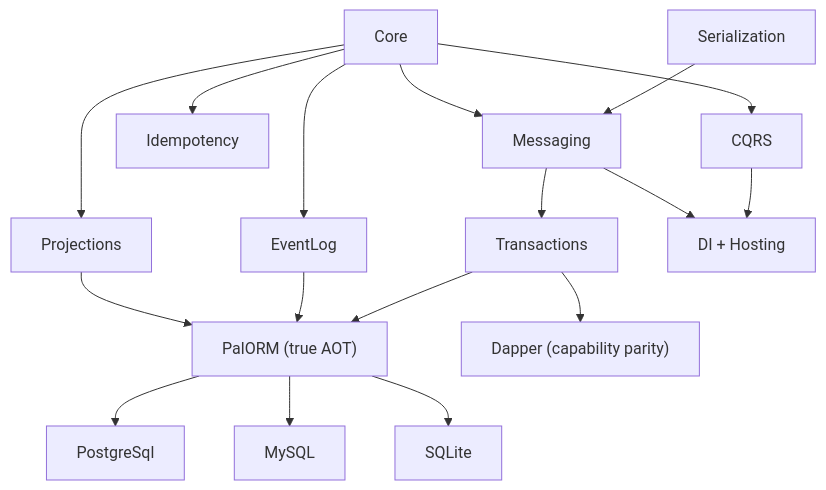
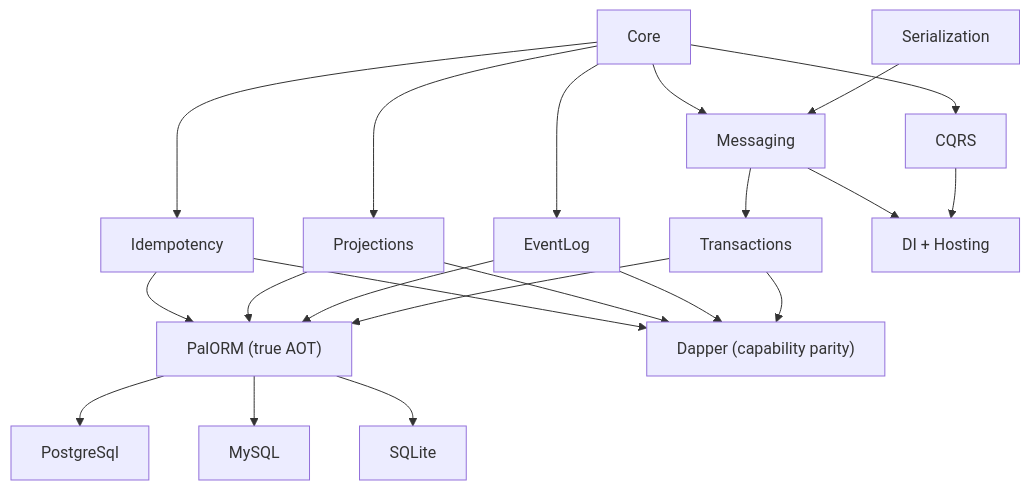
One commit to yuebo119/PalDDD changed the diagram in README.en.md. Above: the diagram before and after it, drawn with Mermaid. The commit also changed other lines of this file and 1 other file, not shown here.

````diff
--- a/README.en.md
+++ b/README.en.md
@@ -470,19 +490,23 @@
 ```mermaid
 flowchart TB
     Core --> CQRS
     Core --> EventLog
     Core --> Idempotency
     Core --> Projections
     Serialization --> Messaging
     Core --> Messaging
     Messaging --> Transactions
     CQRS --> DI[DI + Hosting]
     Messaging --> DI
     Transactions --> PalORM["PalORM (true AOT)"]
     EventLog --> PalORM
     Projections --> PalORM
+    Idempotency --> PalORM
     Transactions --> Dapper["Dapper (capability parity)"]
+    EventLog --> Dapper
+    Projections --> Dapper
+    Idempotency --> Dapper
     PalORM --> PG[PostgreSql]
     PalORM --> MySQL
     PalORM --> SQLite
 ```
````
